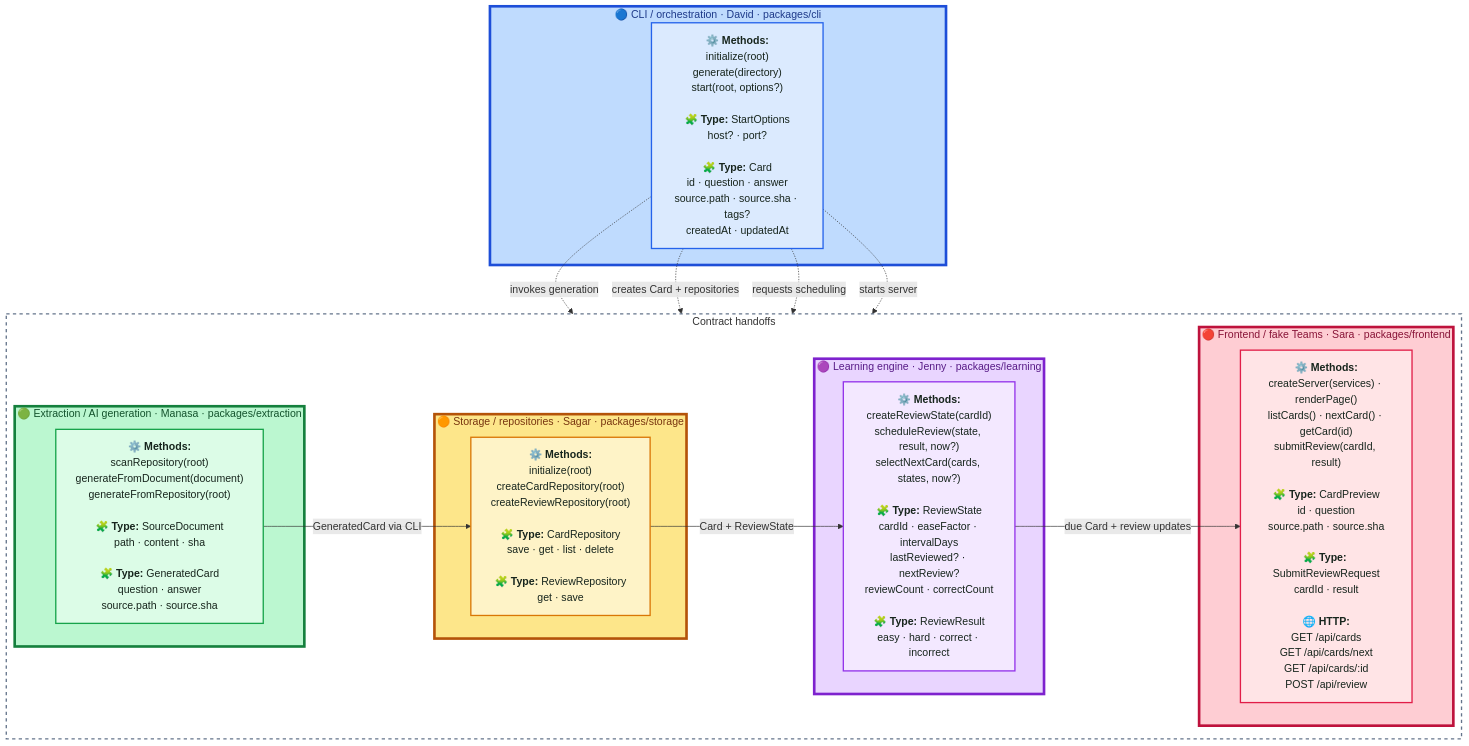
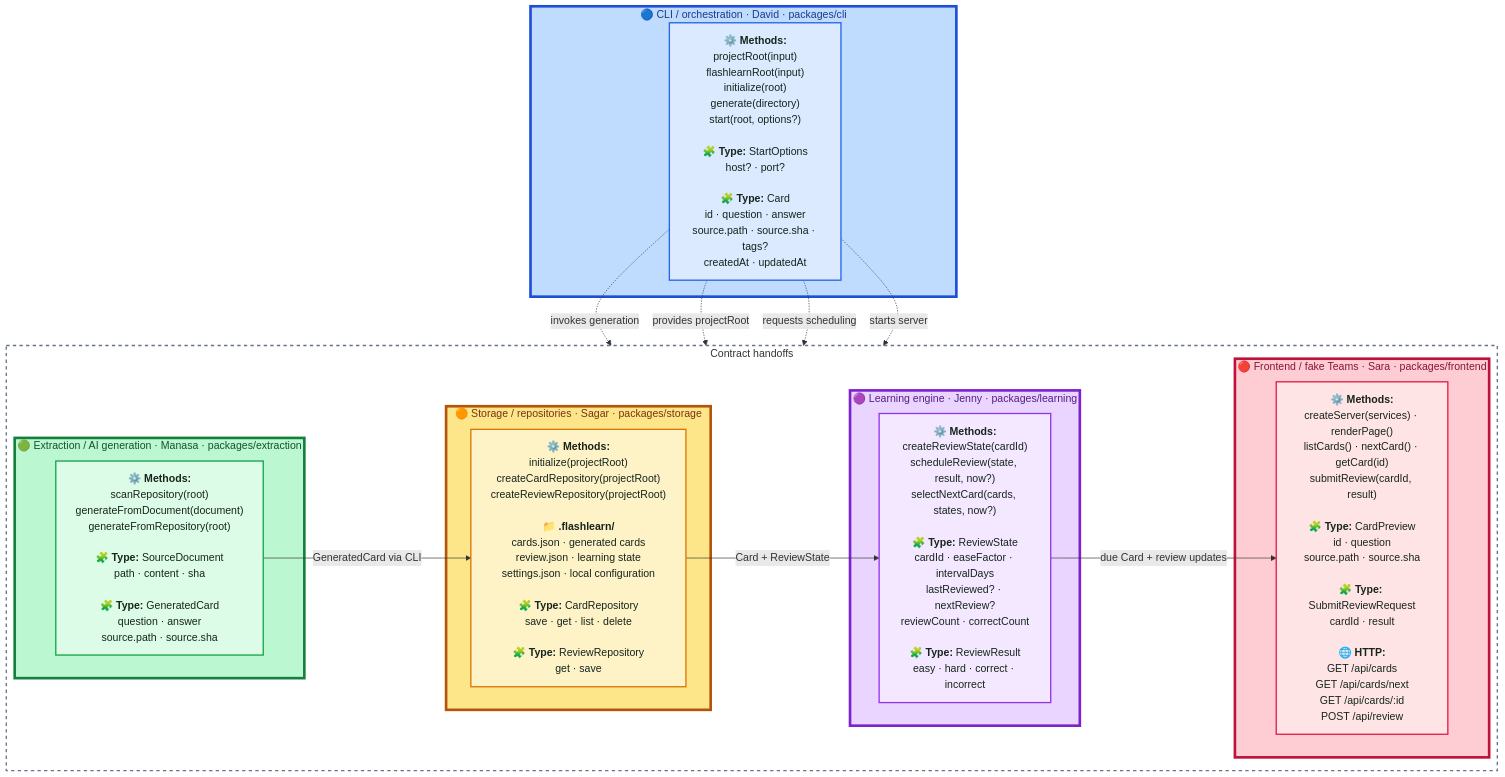
The diagram in README.md (flashlearn-ai/flashlearn), drawn with Mermaid before and after one commit. The commit also changed other lines of this file and 7 other files, not shown here.

````diff
--- a/README.md
+++ b/README.md
@@ -102,50 +102,50 @@
 ```mermaid
 flowchart TD
   subgraph CLIRegion["🔵 CLI / orchestration · David · packages/cli"]
-    CLI["<b>⚙️ Methods:</b><br/>initialize(root)<br/>generate(directory)<br/>start(root, options?)<br/><br/><b>🧩 Type:</b> StartOptions<br/>host? · port?<br/><br/><b>🧩 Type:</b> Card<br/>id · question · answer<br/>source.path · source.sha · tags?<br/>createdAt · updatedAt"]
+    CLI["<b>⚙️ Methods:</b><br/>projectRoot(input)<br/>flashlearnRoot(input)<br/>initialize(root)<br/>generate(directory)<br/>start(root, options?)<br/><br/><b>🧩 Type:</b> StartOptions<br/>host? · port?<br/><br/><b>🧩 Type:</b> Card<br/>id · question · answer<br/>source.path · source.sha · tags?<br/>createdAt · updatedAt"]
   end
 
   subgraph PackagePipeline["Contract handoffs"]
     direction LR
     subgraph ExtractionRegion["🟢 Extraction / AI generation · Manasa · packages/extraction"]
       Extraction["<b>⚙️ Methods:</b><br/>scanRepository(root)<br/>generateFromDocument(document)<br/>generateFromRepository(root)<br/><br/><b>🧩 Type:</b> SourceDocument<br/>path · content · sha<br/><br/><b>🧩 Type:</b> GeneratedCard<br/>question · answer<br/>source.path · source.sha"]
     end
 
     subgraph StorageRegion["🟠 Storage / repositories · Sagar · packages/storage"]
-      Storage["<b>⚙️ Methods:</b><br/>initialize(root)<br/>createCardRepository(root)<br/>createReviewRepository(root)<br/><br/><b>🧩 Type:</b> CardRepository<br/>save · get · list · delete<br/><br/><b>🧩 Type:</b> ReviewRepository<br/>get · save"]
+      Storage["<b>⚙️ Methods:</b><br/>initialize(projectRoot)<br/>createCardRepository(projectRoot)<br/>createReviewRepository(projectRoot)<br/><br/><b>📁 .flashlearn/</b><br/>cards.json · generated cards<br/>review.json · learning state<br/>settings.json · local configuration<br/><br/><b>🧩 Type:</b> CardRepository<br/>save · get · list · delete<br/><br/><b>🧩 Type:</b> ReviewRepository<br/>get · save"]
     end
 
     subgraph LearningRegion["🟣 Learning engine · Jenny · packages/learning"]
       Learning["<b>⚙️ Methods:</b><br/>createReviewState(cardId)<br/>scheduleReview(state, result, now?)<br/>selectNextCard(cards, states, now?)<br/><br/><b>🧩 Type:</b> ReviewState<br/>cardId · easeFactor · intervalDays<br/>lastReviewed? · nextReview?<br/>reviewCount · correctCount<br/><br/><b>🧩 Type:</b> ReviewResult<br/>easy · hard · correct · incorrect"]
     end
 
     subgraph FrontendRegion["🔴 Frontend / fake Teams · Sara · packages/frontend"]
       Frontend["<b>⚙️ Methods:</b><br/>createServer(services) · renderPage()<br/>listCards() · nextCard() · getCard(id)<br/>submitReview(cardId, result)<br/><br/><b>🧩 Type:</b> CardPreview<br/>id · question<br/>source.path · source.sha<br/><br/><b>🧩 Type:</b> SubmitReviewRequest<br/>cardId · result<br/><br/><b>🌐 HTTP:</b><br/>GET /api/cards<br/>GET /api/cards/next<br/>GET /api/cards/:id<br/>POST /api/review"]
     end
   end
 
   Extraction -->|GeneratedCard via CLI| Storage
   Storage -->|Card + ReviewState| Learning
   Learning -->|due Card + review updates| Frontend
   CLI -.->|invokes generation| Extraction
-  CLI -.->|creates Card + repositories| Storage
+  CLI -.->|provides projectRoot| Storage
   CLI -.->|requests scheduling| Learning
   CLI -.->|starts server| Frontend
 
   classDef cli fill:#dbeafe,color:#17251d,stroke:#2563eb,stroke-width:2px;
   classDef extraction fill:#dcfce7,color:#17251d,stroke:#16a34a,stroke-width:2px;
   classDef storage fill:#fef3c7,color:#17251d,stroke:#d97706,stroke-width:2px;
   classDef learning fill:#f3e8ff,color:#17251d,stroke:#9333ea,stroke-width:2px;
   classDef frontend fill:#ffe4e6,color:#17251d,stroke:#e11d48,stroke-width:2px;
   class CLI cli;
   class Extraction extraction;
   class Storage storage;
   class Learning learning;
   class Frontend frontend;
   style ExtractionRegion fill:#bbf7d0,stroke:#15803d,stroke-width:4px,color:#14532d
   style CLIRegion fill:#bfdbfe,stroke:#1d4ed8,stroke-width:4px,color:#1e3a8a
   style StorageRegion fill:#fde68a,stroke:#b45309,stroke-width:4px,color:#78350f
   style LearningRegion fill:#e9d5ff,stroke:#7e22ce,stroke-width:4px,color:#581c87
   style FrontendRegion fill:#fecdd3,stroke:#be123c,stroke-width:4px,color:#881337
   style PackagePipeline fill:transparent,stroke:#64748b,stroke-width:2px,stroke-dasharray:5 5
 ```
````
